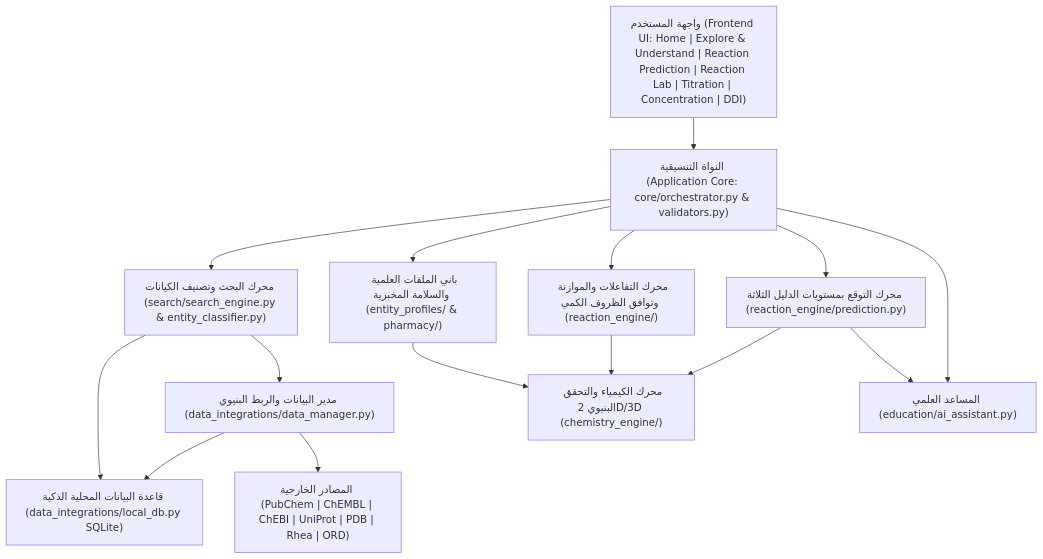
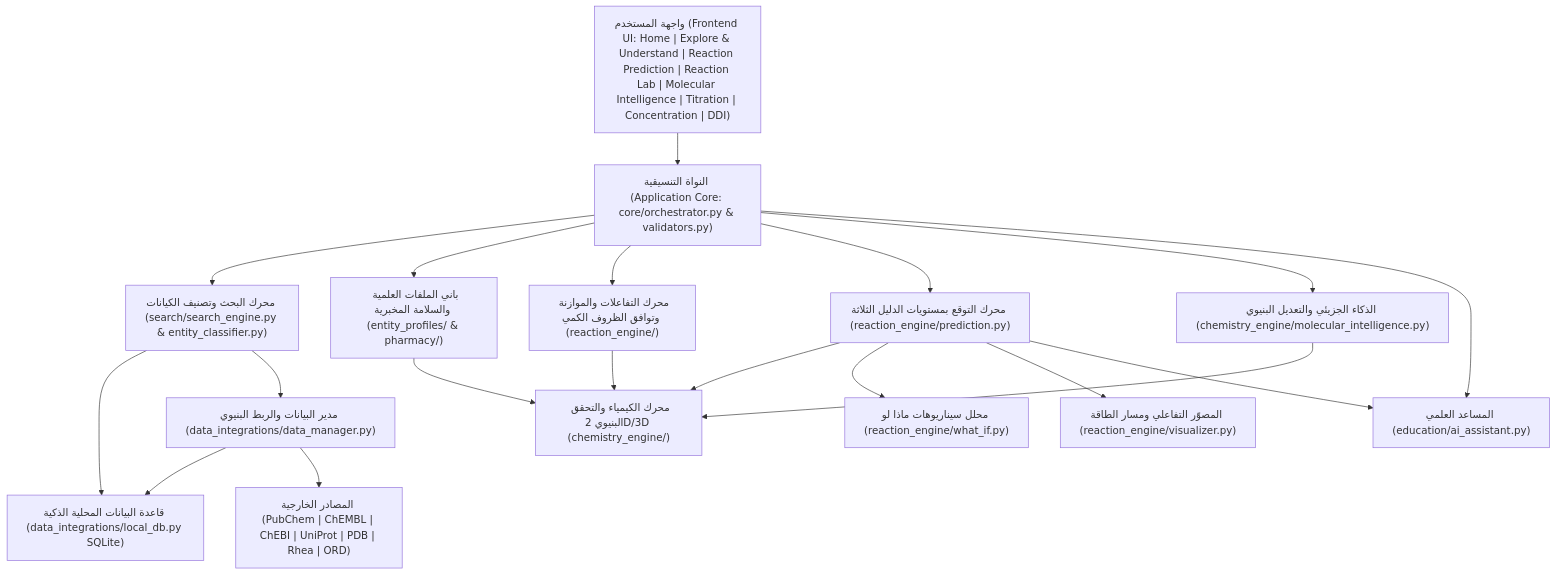
The diagram in README.md (a-muaafa/Moleculens-), drawn with Mermaid before and after one commit. The commit also changed other lines of this file and 11 other files, not shown here.

Commit message:
feat: upgrade Chemical Playground with 2D visualization, What-If analysis, and Molecular Intelligence

````diff
--- a/README.md
+++ b/README.md
@@ -94,29 +111,36 @@
 ```mermaid
 flowchart TD
-    UI["واجهة المستخدم (Frontend UI: Home | Explore & Understand | Reaction Prediction | Reaction Lab | Titration | Concentration | DDI)"]
+    UI["واجهة المستخدم (Frontend UI: Home | Explore & Understand | Reaction Prediction | Reaction Lab | Molecular Intelligence | Titration | Concentration | DDI)"]
     CORE["النواة التنسيقية (Application Core: core/orchestrator.py & validators.py)"]
     SRCH["محرك البحث وتصنيف الكيانات (search/search_engine.py & entity_classifier.py)"]
     LDB["قاعدة البيانات المحلية الذكية (data_integrations/local_db.py SQLite)"]
     DM["مدير البيانات والربط البنيوي (data_integrations/data_manager.py)"]
     PROF["باني الملفات العلمية والسلامة المخبرية (entity_profiles/ & pharmacy/)"]
     CHEM["محرك الكيمياء والتحقق البنيوي 2D/3D (chemistry_engine/)"]
+    MOLINT["الذكاء الجزيئي والتعديل البنيوي (chemistry_engine/molecular_intelligence.py)"]
     RXN["محرك التفاعلات والموازنة وتوافق الظروف الكمي (reaction_engine/)"]
     PRED["محرك التوقع بمستويات الدليل الثلاثة (reaction_engine/prediction.py)"]
+    WHATIF["محلل سيناريوهات ماذا لو (reaction_engine/what_if.py)"]
+    VIS["المصوّر التفاعلي ومسار الطاقة (reaction_engine/visualizer.py)"]
     AI["المساعد العلمي (education/ai_assistant.py)"]
     EXT["المصادر الخارجية (PubChem | ChEMBL | ChEBI | UniProt | PDB | Rhea | ORD)"]
 
     UI --> CORE
     CORE --> SRCH
     CORE --> PROF
     CORE --> RXN
     CORE --> PRED
+    CORE --> MOLINT
     CORE --> AI
     SRCH --> LDB
     SRCH --> DM
     DM --> LDB
     DM --> EXT
     PROF --> CHEM
+    MOLINT --> CHEM
     RXN --> CHEM
     PRED --> CHEM
+    PRED --> WHATIF
+    PRED --> VIS
     PRED --> AI
 ```
````
